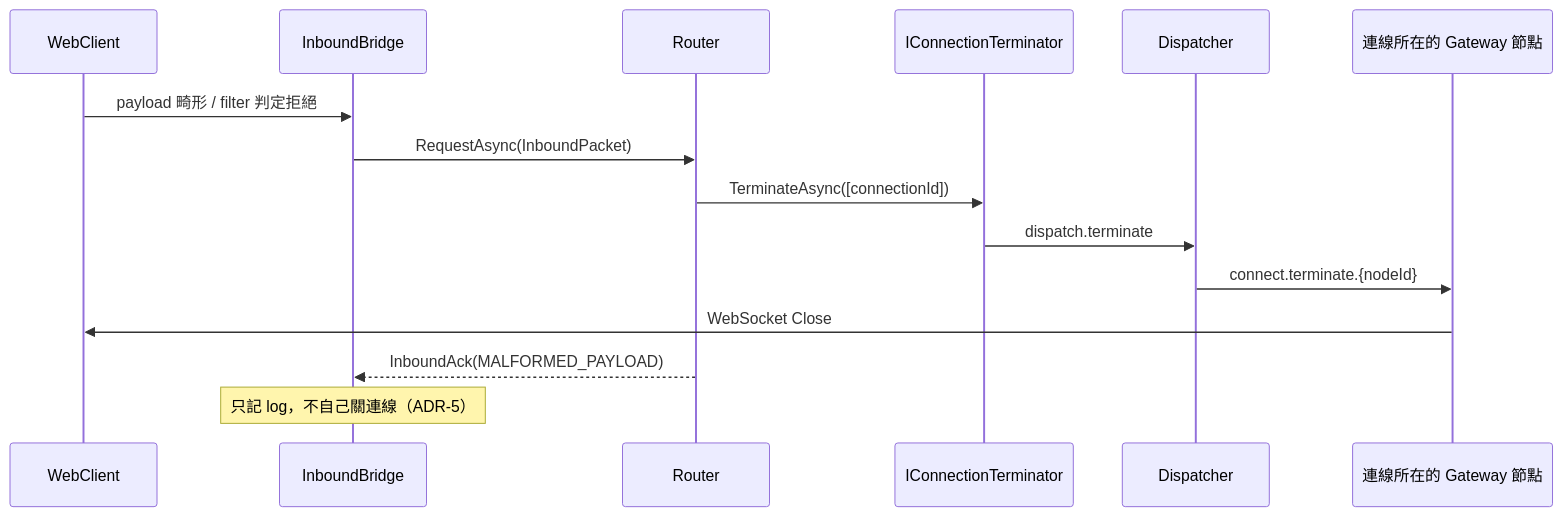
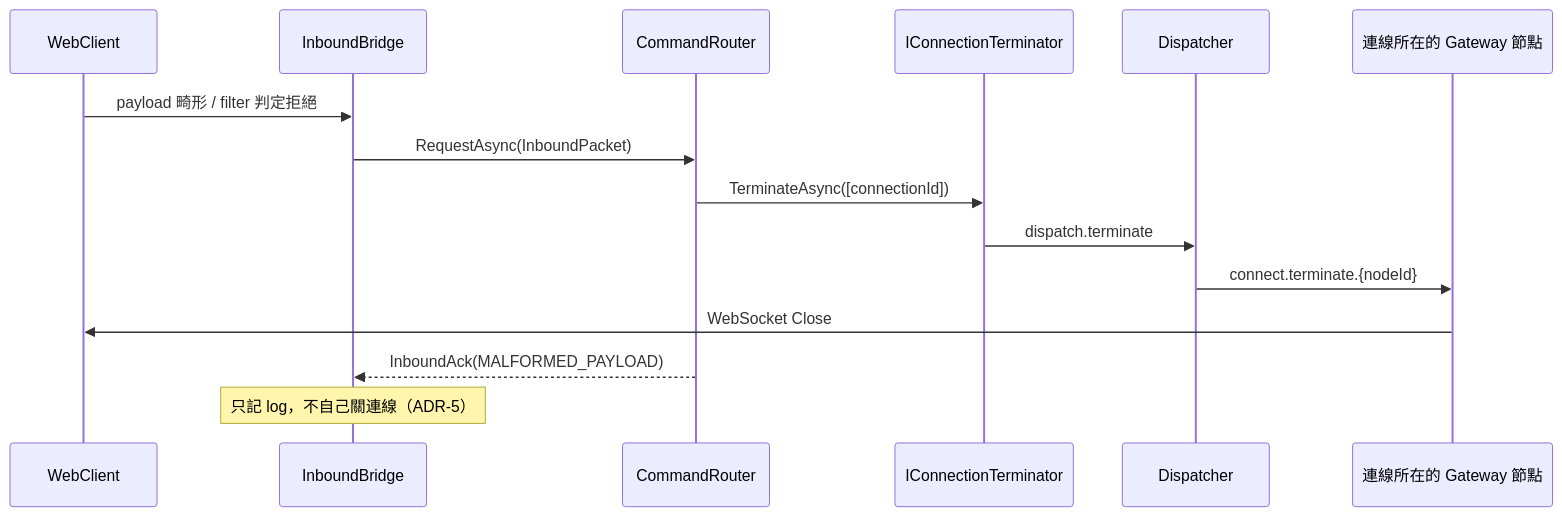
One commit to yggdrasill-dev/ChatSystem changed the fourth of 4 diagrams in docs/architecture/protocol-layer.md. Above: the diagram before and after it, drawn with Mermaid. The commit also changed other lines of this file and 1 other file, not shown here.

First line of the commit message:
docs(protocol-layer): 協定層服務定名 CommandRouter，subject 前綴改 command.inbound

````diff
--- a/docs/architecture/protocol-layer.md
+++ b/docs/architecture/protocol-layer.md
@@ -139,18 +139,18 @@
 ```mermaid
 sequenceDiagram
     participant WC as WebClient
     participant IB as InboundBridge
-    participant RT as Router
+    participant RT as CommandRouter
     participant CT as IConnectionTerminator
     participant DP as Dispatcher
     participant GW as 連線所在的 Gateway 節點
 
     WC->>IB: payload 畸形 / filter 判定拒絕
     IB->>RT: RequestAsync(InboundPacket)
     RT->>CT: TerminateAsync([connectionId])
     CT->>DP: dispatch.terminate
     DP->>GW: connect.terminate.{nodeId}
     GW->>WC: WebSocket Close
     RT-->>IB: InboundAck(MALFORMED_PAYLOAD)
     Note over IB: 只記 log，不自己關連線（ADR-5）
 ```
````
